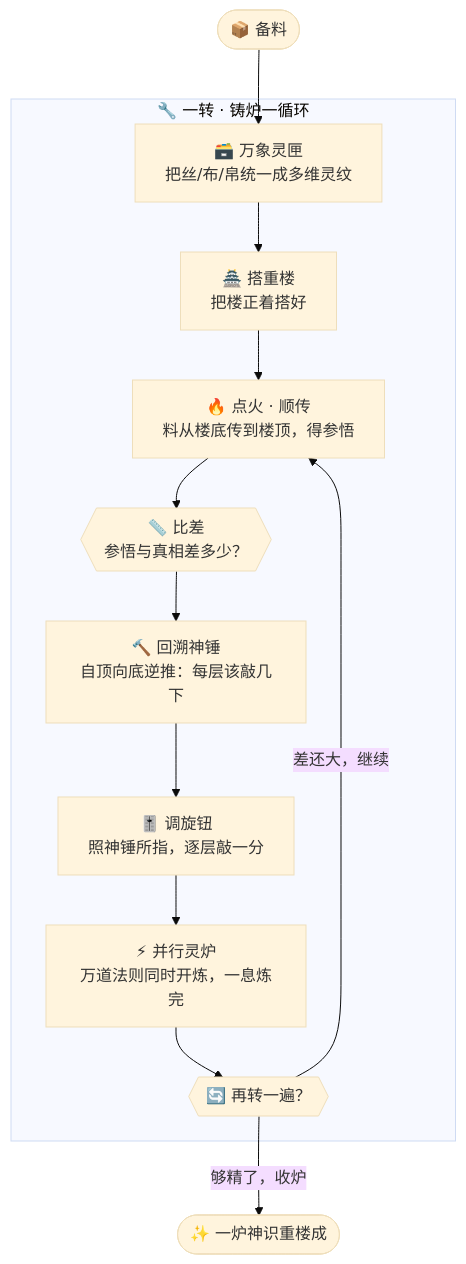
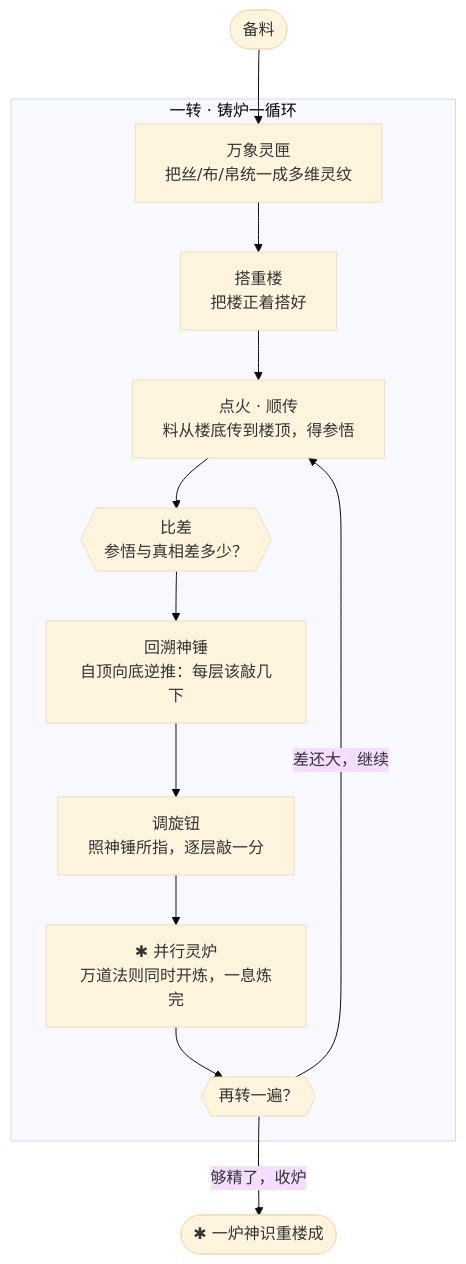
The diagram in docs/09_STORY_修仙学AI/STORY-番外/[STORY-番外-101] 番外02·炼器工坊·铸炉真诀.md (luckykhy/KhyAiHub), drawn with Mermaid (base theme) before and after one commit. The commit also changed other lines of this file and 19 other files, not shown here.

````diff
--- a/docs/09_STORY_修仙学AI/STORY-番外/[STORY-番外-101] 番外02·炼器工坊·铸炉真诀.md
+++ b/docs/09_STORY_修仙学AI/STORY-番外/[STORY-番外-101] 番外02·炼器工坊·铸炉真诀.md
@@ -271,15 +271,15 @@
 ```mermaid
 flowchart TB
-    START([📦 备料]) --> MATANG
-    subgraph 三宝合璧[🔧 一转 · 铸炉一循环]
-        MATANG[🗃️ 万象灵匣<br/>把丝/布/帛统一成多维灵纹] --> BUILD
-        BUILD[🏯 搭重楼<br/>把楼正着搭好] --> FWD
-        FWD[🔥 点火 · 顺传<br/>料从楼底传到楼顶，得参悟] --> DIFF
-        DIFF{{📏 比差<br/>参悟与真相差多少？}} --> HAMMER
-        HAMMER[🔨 回溯神锤<br/>自顶向底逆推：每层该敲几下] --> TUNE
-        TUNE[🎚️ 调旋钮<br/>照神锤所指，逐层敲一分] --> PARALLEL
-        PARALLEL[⚡ 并行灵炉<br/>万道法则同时开炼，一息炼完] --> AGAIN
+    START([备料]) --> MATANG
+    subgraph 三宝合璧[一转 · 铸炉一循环]
+        MATANG[万象灵匣<br/>把丝/布/帛统一成多维灵纹] --> BUILD
+        BUILD[搭重楼<br/>把楼正着搭好] --> FWD
+        FWD[点火 · 顺传<br/>料从楼底传到楼顶，得参悟] --> DIFF
+        DIFF{{比差<br/>参悟与真相差多少？}} --> HAMMER
+        HAMMER[回溯神锤<br/>自顶向底逆推：每层该敲几下] --> TUNE
+        TUNE[调旋钮<br/>照神锤所指，逐层敲一分] --> PARALLEL
+        PARALLEL[✱ 并行灵炉<br/>万道法则同时开炼，一息炼完] --> AGAIN
     end
-    AGAIN{{🔄 再转一遍？}} -->|差还大，继续| FWD
-    AGAIN -->|够精了，收炉| DONE([✨ 一炉神识重楼成])
+    AGAIN{{再转一遍？}} -->|差还大，继续| FWD
+    AGAIN -->|够精了，收炉| DONE([✱ 一炉神识重楼成])
 ```
````
